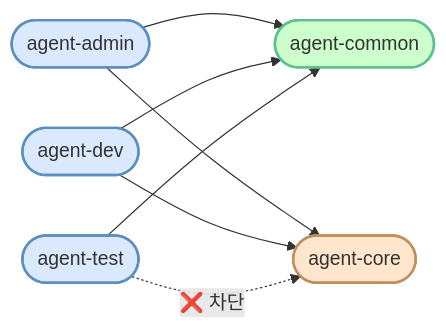
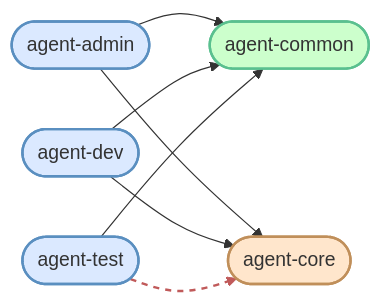
Before and after one commit to codewhite7777/codyssey_b1_1: the second of 2 diagrams in docs/scripts-walkthrough/03-users-groups.md, drawn with Mermaid. The commit also changed other lines of this file and 1 other file, not shown here.

Commit message:
fix(mermaid): 역할 분리 다이어그램 점선 라벨 렌더링 함정 회피
문제:
- 03-users-groups.md, spec-overview.md 의 Mermaid 에서
  'C -. ❌ 차단 .-> CR' 점선 + 이모지 + 한국어 라벨 조합이
  GitHub Mermaid 렌더러에서 파싱 실패 → 코드 블록 그대로 출력

원인:
- Mermaid 점선 화살표 라벨 문법 '-. 라벨 .->' 가
  이모지·한국어 결합 시 미묘하게 깨지는 경우 있음
- 렌더 결과가 환경에 따라 달라짐 (호환성 불안정)

해결:
- 점선 라벨 제거: 'C -. ❌ 차단 .-> CR' → 'C -.-> CR'
- linkStyle 로 5번째 링크 (test → core) 만 빨간 점선 명시
- 본문에 "→ 빨간 점선 = agent-test 의 agent-core 차단" 캡션 추가

linkStyle 가 텍스트 라벨보다 시각적으로도 더 깔끔하고
GitHub Mermaid 와 호환성 안정.

````diff
--- a/docs/scripts-walkthrough/03-users-groups.md
+++ b/docs/scripts-walkthrough/03-users-groups.md
@@ -23,15 +23,17 @@
 ```mermaid
 flowchart LR
     A([agent-admin]) --> CM([agent-common])
     A --> CR([agent-core])
     B([agent-dev]) --> CM
     B --> CR
     C([agent-test]) --> CM
-    C -. ❌ 차단 .-> CR
+    C -.-> CR
+
+    linkStyle 5 stroke:#c05a5a,stroke-width:2px,stroke-dasharray:5
 
     style A fill:#dbe9ff,stroke:#5a8fc0,stroke-width:2px
     style B fill:#dbe9ff,stroke:#5a8fc0,stroke-width:2px
     style C fill:#dbe9ff,stroke:#5a8fc0,stroke-width:2px
     style CM fill:#ccffcc,stroke:#5ac08f,stroke-width:2px
     style CR fill:#ffe6cc,stroke:#c08f5a,stroke-width:2px
 ```
````
